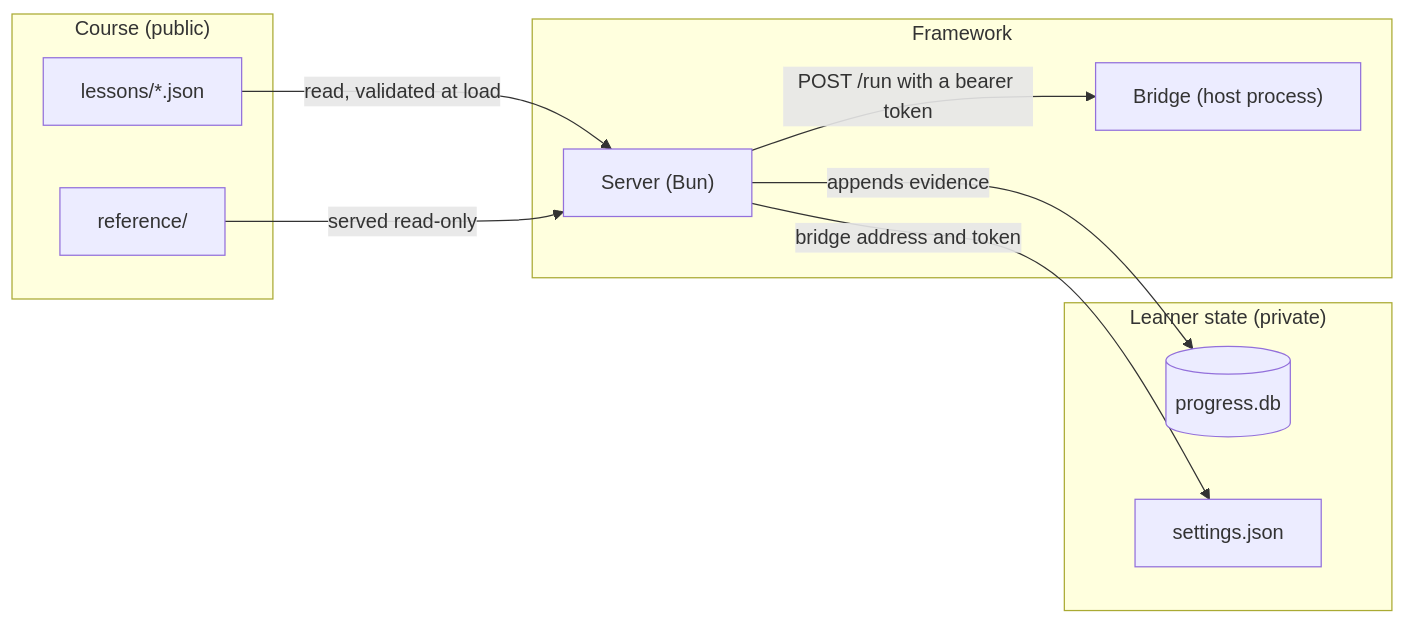
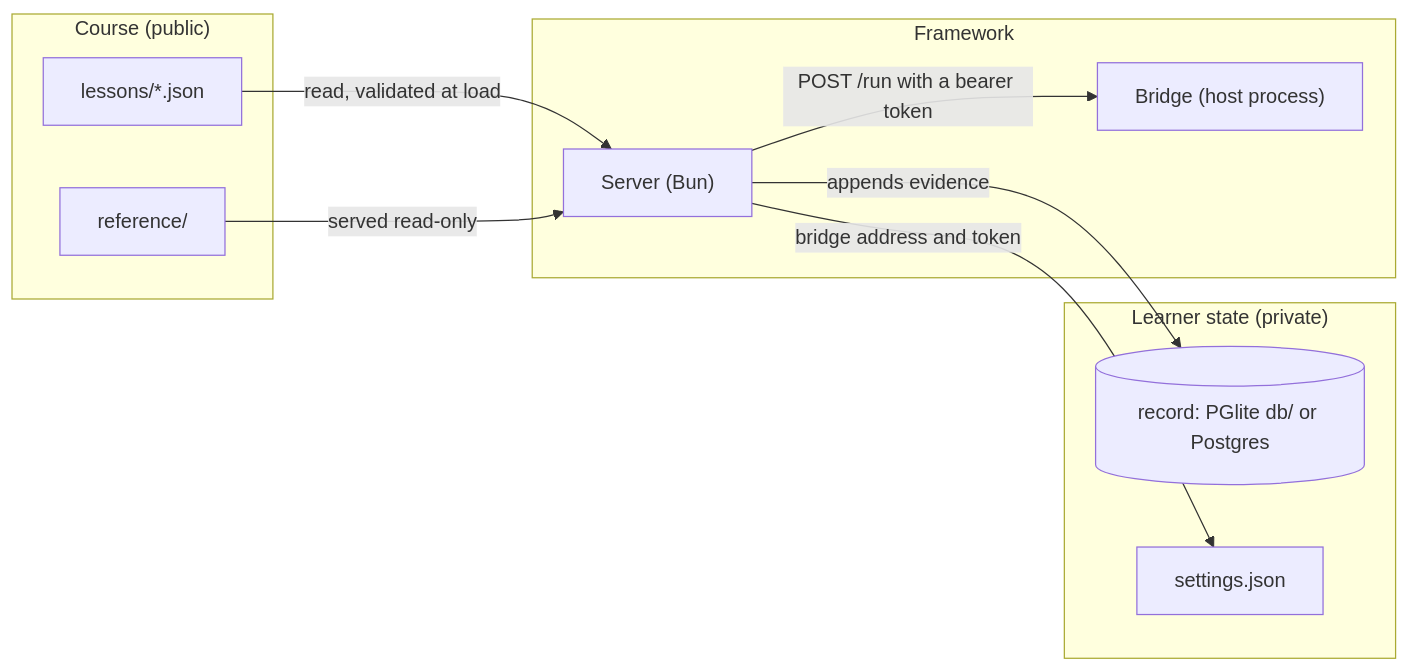
Before and after one commit to flyingrobots/school: the first of 3 diagrams in docs/topics/architecture/README.md, drawn with Mermaid. The commit also changed other lines of this file and 3 other files, not shown here.

Commit message:
Document the record on Postgres: SCHOOL_DATABASE_URL, roles at startup, PGlite's limits

````diff
--- a/docs/topics/architecture/README.md
+++ b/docs/topics/architecture/README.md
@@ -42,20 +42,20 @@
 ```mermaid
 flowchart LR
     subgraph course["Course (public)"]
         lessons["lessons/*.json"]
         reference["reference/"]
     end
     subgraph framework["Framework"]
         server["Server (Bun)"]
         bridge["Bridge (host process)"]
     end
     subgraph state["Learner state (private)"]
-        db[("progress.db")]
+        db[("record: PGlite db/ or Postgres")]
         settings["settings.json"]
     end
     lessons -- "read, validated at load" --> server
     reference -- "served read-only" --> server
     server -- "appends evidence" --> db
     server -- "bridge address and token" --> settings
     server -- "POST /run with a bearer token" --> bridge
 ```
````
